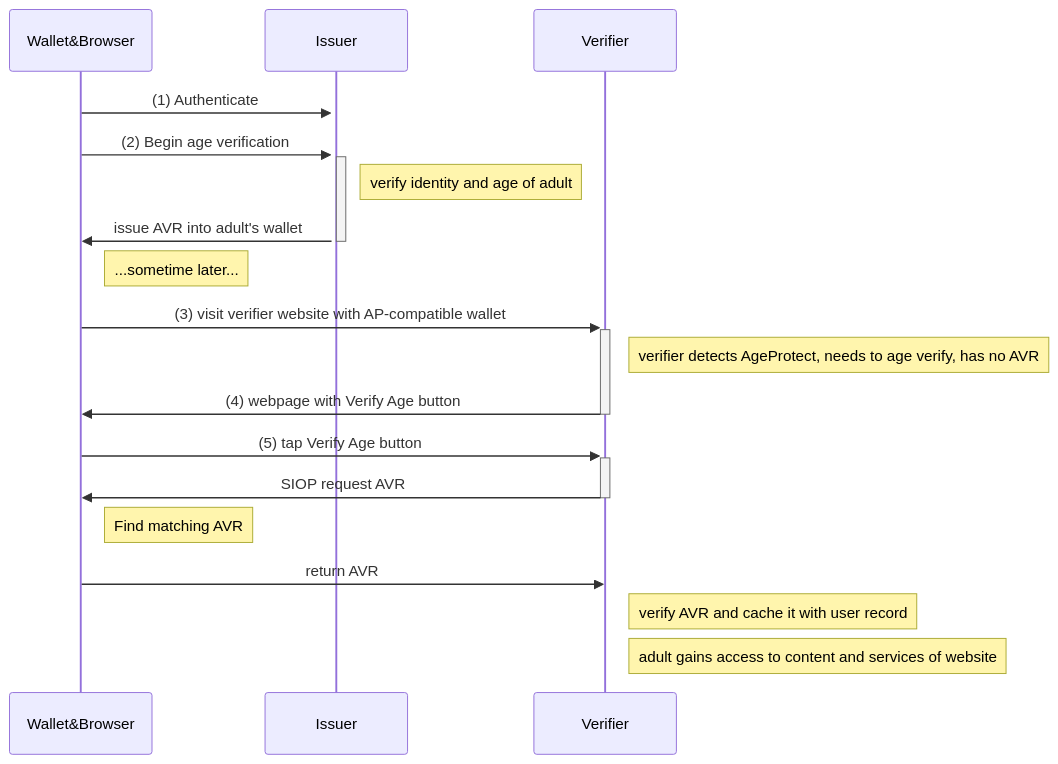
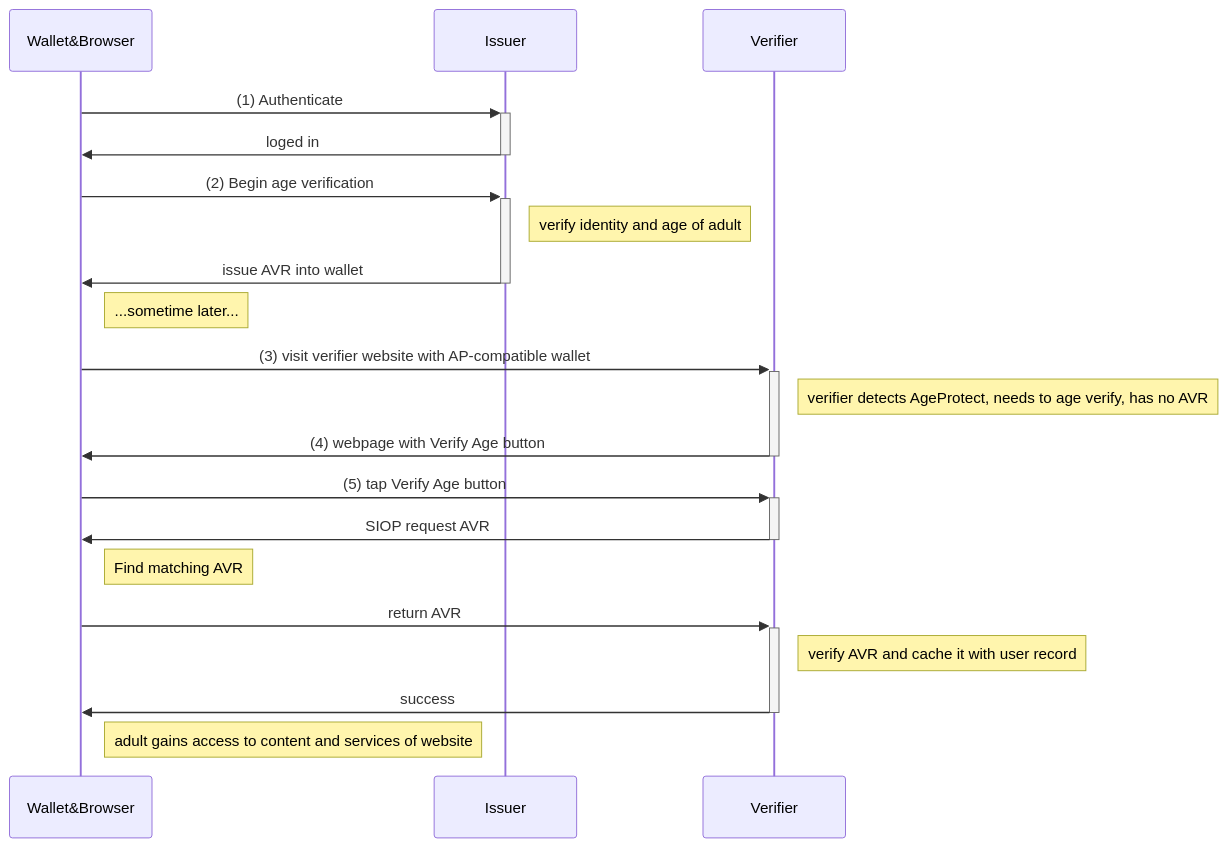
One commit to MeeFoundation/papers changed the diagram in age-protect/images/adult-sequence.mmd. Above: the diagram before and after it, drawn with Mermaid. The commit also changed other lines of this file and 2 other files, not shown here.

Commit message:
Tweaked sequence diagram

```diff
--- a/age-protect/images/adult-sequence.mmd
+++ b/age-protect/images/adult-sequence.mmd
@@ -1,19 +1,21 @@
 
 sequenceDiagram
     participant Wallet&Browser
     participant Issuer
     participant Verifier
     Wallet&Browser->>+Issuer: (1) Authenticate
+    Issuer->>-Wallet&Browser: loged in
     Wallet&Browser->>+Issuer: (2) Begin age verification
     Note right of Issuer: verify identity and age of adult
-    Issuer->>-Wallet&Browser: issue AVR into adult's wallet
+    Issuer->>-Wallet&Browser: issue AVR into wallet
     Note right of Wallet&Browser: ...sometime later...
     Wallet&Browser->>+Verifier: (3) visit verifier website with AP-compatible wallet
     Note right of Verifier: verifier detects AgeProtect, needs to age verify, has no AVR
     Verifier->>-Wallet&Browser: (4) webpage with Verify Age button
     Wallet&Browser->>+Verifier: (5) tap Verify Age button
     Verifier->>-Wallet&Browser: SIOP request AVR
     Note right of Wallet&Browser: Find matching AVR
-    Wallet&Browser->>Verifier: return AVR
+    Wallet&Browser->>+Verifier: return AVR
     Note right of Verifier: verify AVR and cache it with user record
-    Note right of Verifier: adult gains access to content and services of website
+    Verifier->>-Wallet&Browser: success
+    Note right of Wallet&Browser: adult gains access to content and services of website
```
